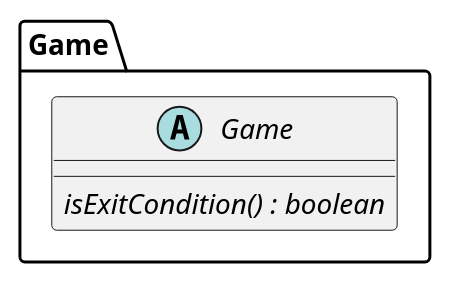
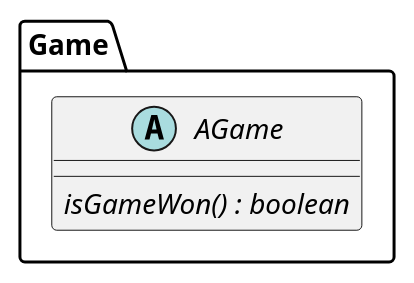
Before and after one commit to Pending-Name-21/arquitecture: the diagram in uml/frontend-software-system/game.puml, drawn with PlantUML. The commit also changed 1 other file, not shown here.

```diff
--- a/uml/frontend-software-system/game.puml
+++ b/uml/frontend-software-system/game.puml
@@ -1,7 +1,7 @@
 @startuml
 package "Game" {
-  abstract class Game {
-    {abstract} isExitCondition() : boolean
+  abstract class AGame {
+    {abstract} isGameWon() : boolean
   }
 }
 @enduml
```
